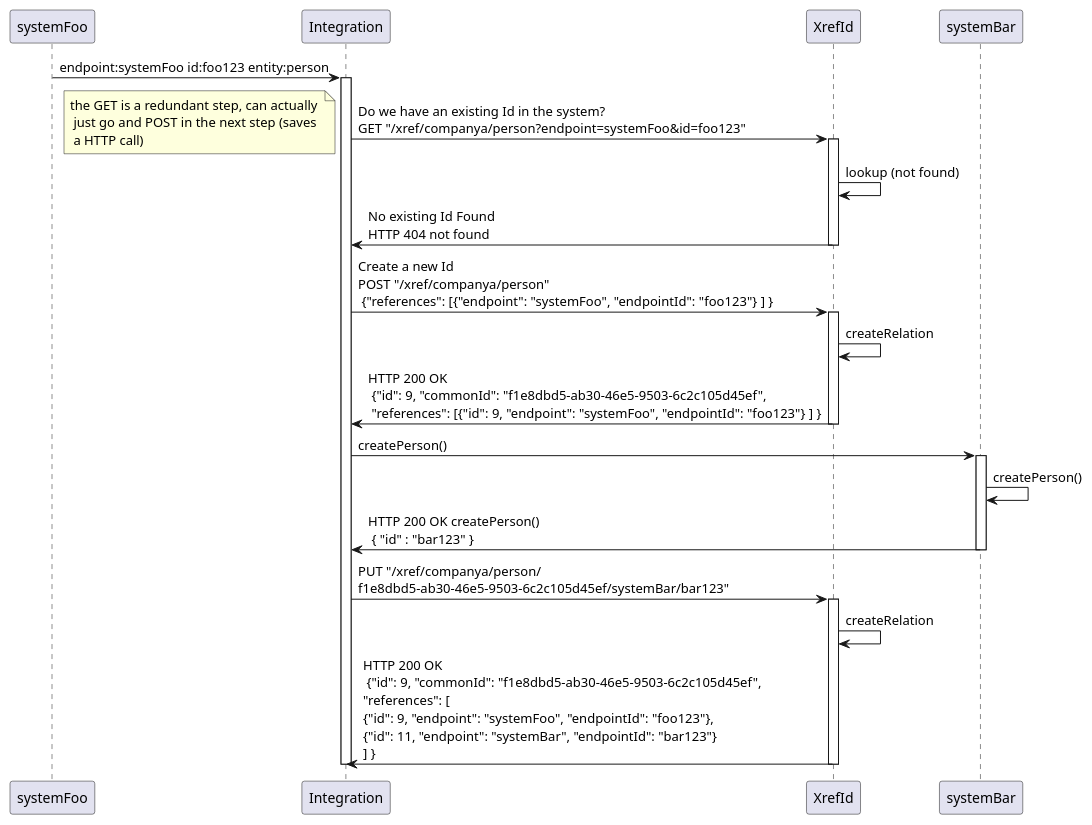
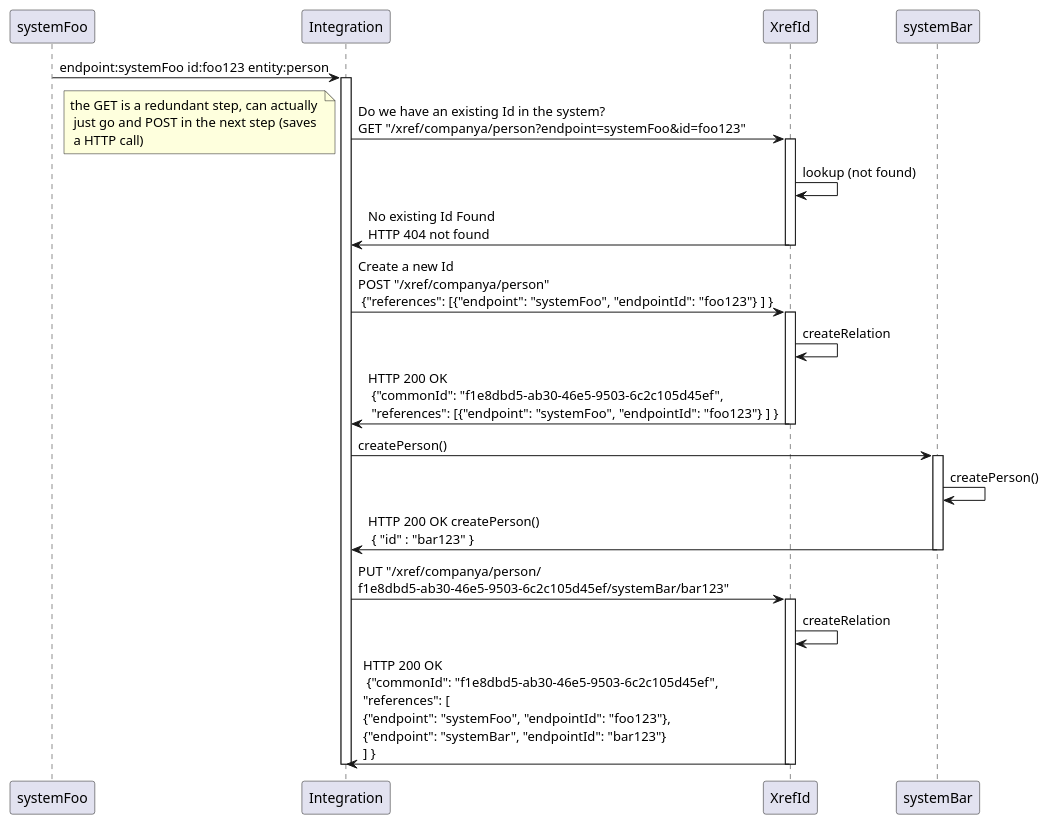
The diagram in puml/xref-sequence-create.puml (welshstew/xref-id-camel), drawn with PlantUML before and after one commit. The commit also changed 8 other files, not shown here.

```diff
--- a/puml/xref-sequence-create.puml
+++ b/puml/xref-sequence-create.puml
@@ -1,26 +1,26 @@
 @startuml
 systemFoo -> Integration: endpoint:systemFoo id:foo123 entity:person
 activate Integration
 Integration -> XrefId: Do we have an existing Id in the system? \nGET "/xref/companya/person?endpoint=systemFoo&id=foo123"
 note left: the GET is a redundant step, can actually \n just go and POST in the next step (saves \n a HTTP call)
 activate XrefId
 XrefId -> XrefId: lookup (not found)
 XrefId -> Integration : No existing Id Found \nHTTP 404 not found
 deactivate XrefId
 Integration -> XrefId: Create a new Id \nPOST "/xref/companya/person" \n {"references": [{"endpoint": "systemFoo", "endpointId": "foo123"} ] }
 activate XrefId
 XrefId -> XrefId: createRelation
-XrefId -> Integration: HTTP 200 OK \n {"id": 9, "commonId": "f1e8dbd5-ab30-46e5-9503-6c2c105d45ef", \n "references": [{"id": 9, "endpoint": "systemFoo", "endpointId": "foo123"} ] }
+XrefId -> Integration: HTTP 200 OK \n {"commonId": "f1e8dbd5-ab30-46e5-9503-6c2c105d45ef", \n "references": [{"endpoint": "systemFoo", "endpointId": "foo123"} ] }
 deactivate XrefId
 Integration -> systemBar: createPerson()
 activate systemBar
 systemBar -> systemBar: createPerson()
 systemBar -> Integration: HTTP 200 OK createPerson() \n { "id" : "bar123" }
 deactivate systemBar
 Integration -> XrefId: PUT "/xref/companya/person/\nf1e8dbd5-ab30-46e5-9503-6c2c105d45ef/systemBar/bar123"
 activate XrefId
 XrefId -> XrefId: createRelation
-XrefId -> Integration: HTTP 200 OK \n {"id": 9, "commonId": "f1e8dbd5-ab30-46e5-9503-6c2c105d45ef", \n"references": [\n{"id": 9, "endpoint": "systemFoo", "endpointId": "foo123"}, \n{"id": 11, "endpoint": "systemBar", "endpointId": "bar123"} \n] }
+XrefId -> Integration: HTTP 200 OK \n {"commonId": "f1e8dbd5-ab30-46e5-9503-6c2c105d45ef", \n"references": [\n{"endpoint": "systemFoo", "endpointId": "foo123"}, \n{"endpoint": "systemBar", "endpointId": "bar123"} \n] }
 deactivate XrefId
 deactivate Integration
 @enduml
```
